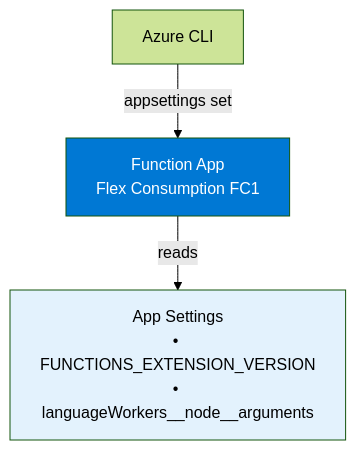
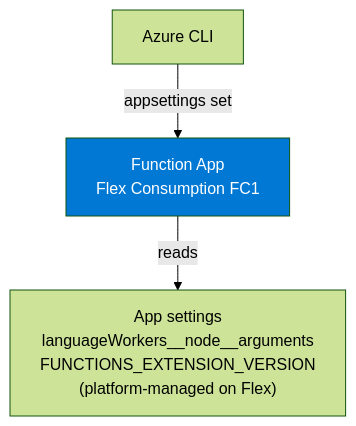
Before and after one commit to yeongseon/azure-functions-practical-guide: the first of 2 diagrams in docs/language-guides/nodejs/tutorial/flex-consumption/03-configuration.md, drawn with Mermaid (forest theme). The commit also changed other lines of this file and 4 other files, not shown here.

First line of the commit message:
docs(diagrams): clarify Node.js configuration tutorial figures (#509)

````diff
--- a/docs/language-guides/nodejs/tutorial/flex-consumption/03-configuration.md
+++ b/docs/language-guides/nodejs/tutorial/flex-consumption/03-configuration.md
@@ -63,8 +63,9 @@
 ```mermaid
 flowchart TD
+    accTitle: Node.js Flex Consumption FC1 app-setting configuration
+    accDescr: Azure CLI updates app settings on the Flex Consumption FC1 app. Node.js arguments are shown separately from the platform-managed FUNCTIONS_EXTENSION_VERSION setting.
     CLI["Azure CLI"] -->|"appsettings set"| FA[Function App\nFlex Consumption FC1]
-    FA -->|reads| SETTINGS["App Settings\n• FUNCTIONS_EXTENSION_VERSION\n• languageWorkers__node__arguments"]
+    FA -->|reads| SETTINGS["App settings<br/>languageWorkers__node__arguments<br/>FUNCTIONS_EXTENSION_VERSION<br/>(platform-managed on Flex)"]
 
     style FA fill:#0078d4,color:#fff
-    style SETTINGS fill:#E3F2FD
 ```
````
